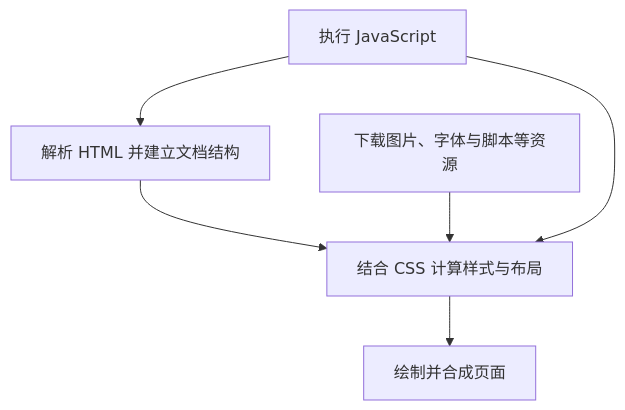
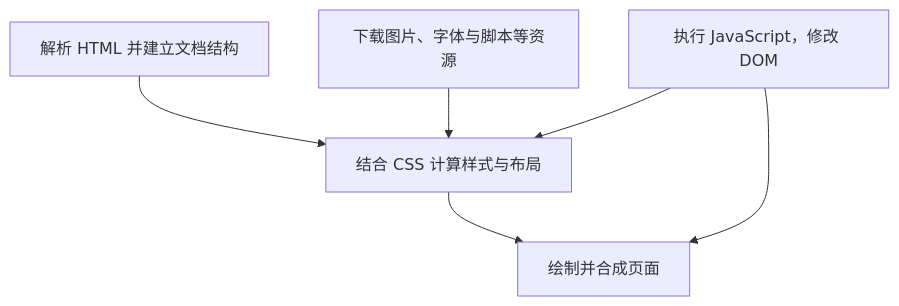
One commit to ycyue/software-testing-course changed the third of 3 diagrams in chapters/07-web-basics.md. Above: the diagram before and after it, drawn with Mermaid. The commit also changed other lines of this file and 47 other files, not shown here.

````diff
--- a/chapters/07-web-basics.md
+++ b/chapters/07-web-basics.md
@@ -355,8 +355,8 @@
 ```mermaid
 flowchart TD
     A[解析 HTML 并建立文档结构] --> C[结合 CSS 计算样式与布局]
     B[下载图片、字体与脚本等资源] --> C
     C --> D[绘制并合成页面]
-    E[执行 JavaScript] --> A
-    E --> C
+    E[执行 JavaScript，修改 DOM] --> C
+    E --> D
 ```
````
